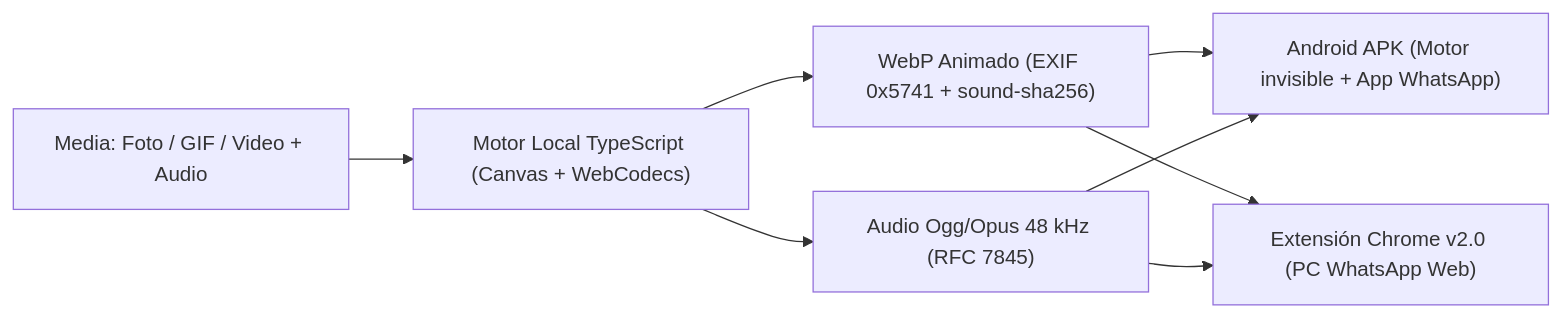
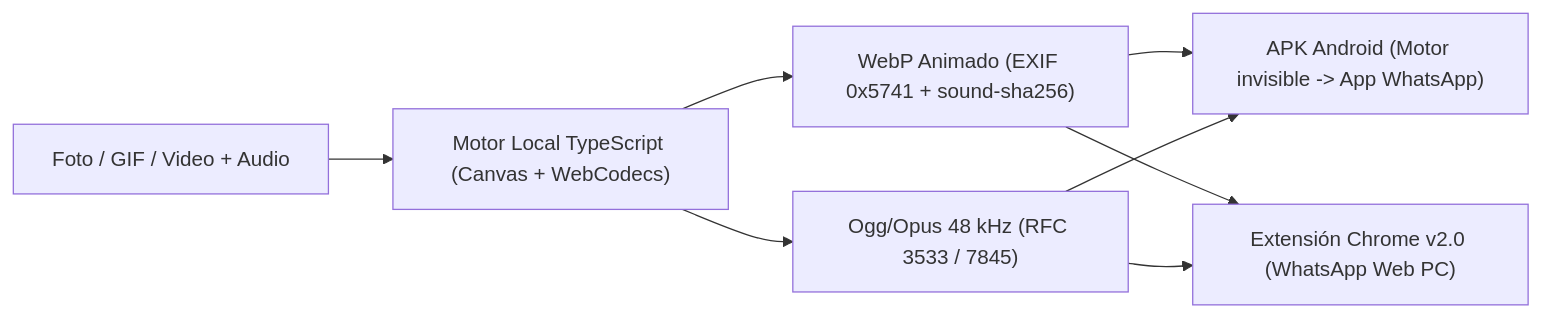
One commit to Straugter/AudioSticker-Studio changed the diagram in README.md. Above: the diagram before and after it, drawn with Mermaid. The commit also changed other lines of this file, not shown here.

````diff
--- a/README.md
+++ b/README.md
@@ -56,8 +58,8 @@
 ```mermaid
 flowchart LR
-    A["Media: Foto / GIF / Video + Audio"] --> B["Motor Local TypeScript (Canvas + WebCodecs)"]
+    A["Foto / GIF / Video + Audio"] --> B["Motor Local TypeScript (Canvas + WebCodecs)"]
     B --> C["WebP Animado (EXIF 0x5741 + sound-sha256)"]
-    B --> D["Audio Ogg/Opus 48 kHz (RFC 7845)"]
-    C & D --> E["Android APK (Motor invisible + App WhatsApp)"]
-    C & D --> F["Extensión Chrome v2.0 (PC WhatsApp Web)"]
+    B --> D["Ogg/Opus 48 kHz (RFC 3533 / 7845)"]
+    C & D --> E["APK Android (Motor invisible -> App WhatsApp)"]
+    C & D --> F["Extensión Chrome v2.0 (WhatsApp Web PC)"]
 ```
````
